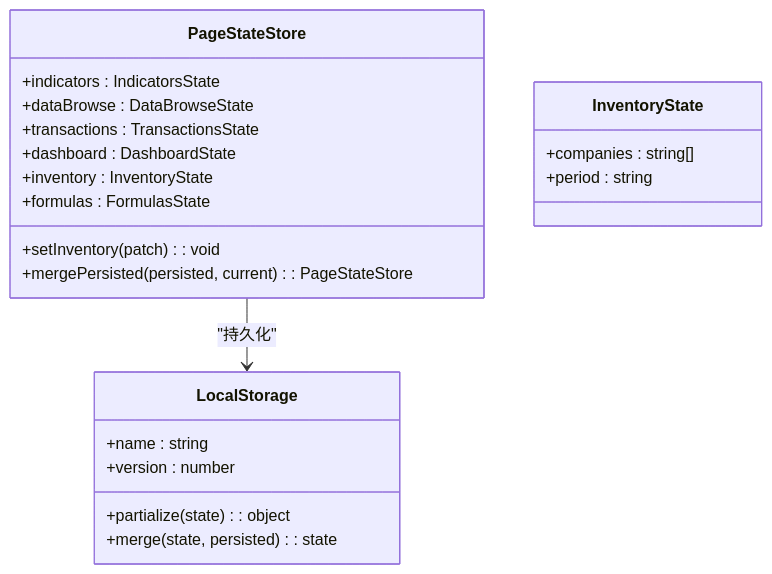
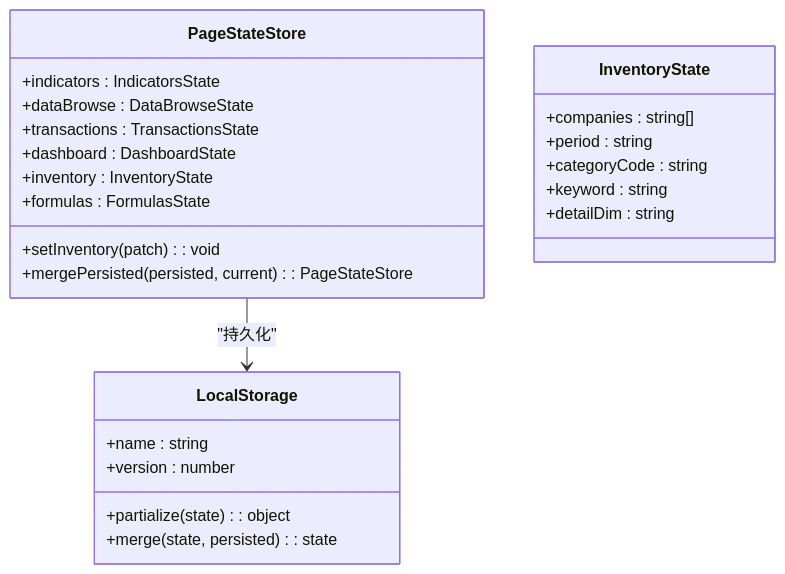
One commit to Damao997/newproject changed the tenth of 13 diagrams in .qoder/repowiki/zh/content/页面组件/库存管理页面.md. Above: the diagram before and after it, drawn with Mermaid. The commit also changed other lines of this file and 57 other files, not shown here.

````diff
--- a/.qoder/repowiki/zh/content/页面组件/库存管理页面.md
+++ b/.qoder/repowiki/zh/content/页面组件/库存管理页面.md
@@ -447,24 +533,27 @@
 ```mermaid
 classDiagram
 class PageStateStore {
 +indicators : IndicatorsState
 +dataBrowse : DataBrowseState
 +transactions : TransactionsState
 +dashboard : DashboardState
 +inventory : InventoryState
 +formulas : FormulasState
 +setInventory(patch) : void
 +mergePersisted(persisted, current) : PageStateStore
 }
 class InventoryState {
 +companies : string[]
 +period : string
++categoryCode : string
++keyword : string
++detailDim : string
 }
 class LocalStorage {
 +name : string
 +version : number
 +partialize(state) : object
 +merge(state, persisted) : state
 }
 PageStateStore --> LocalStorage : "持久化"
 ```
````
